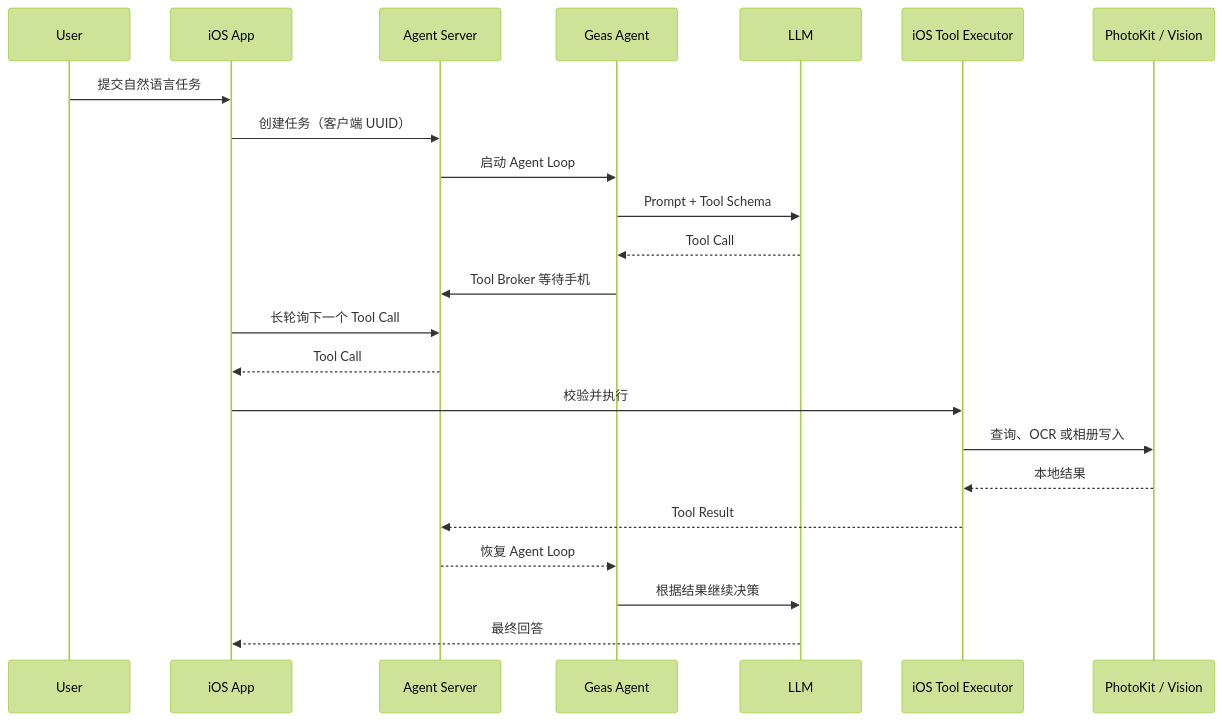
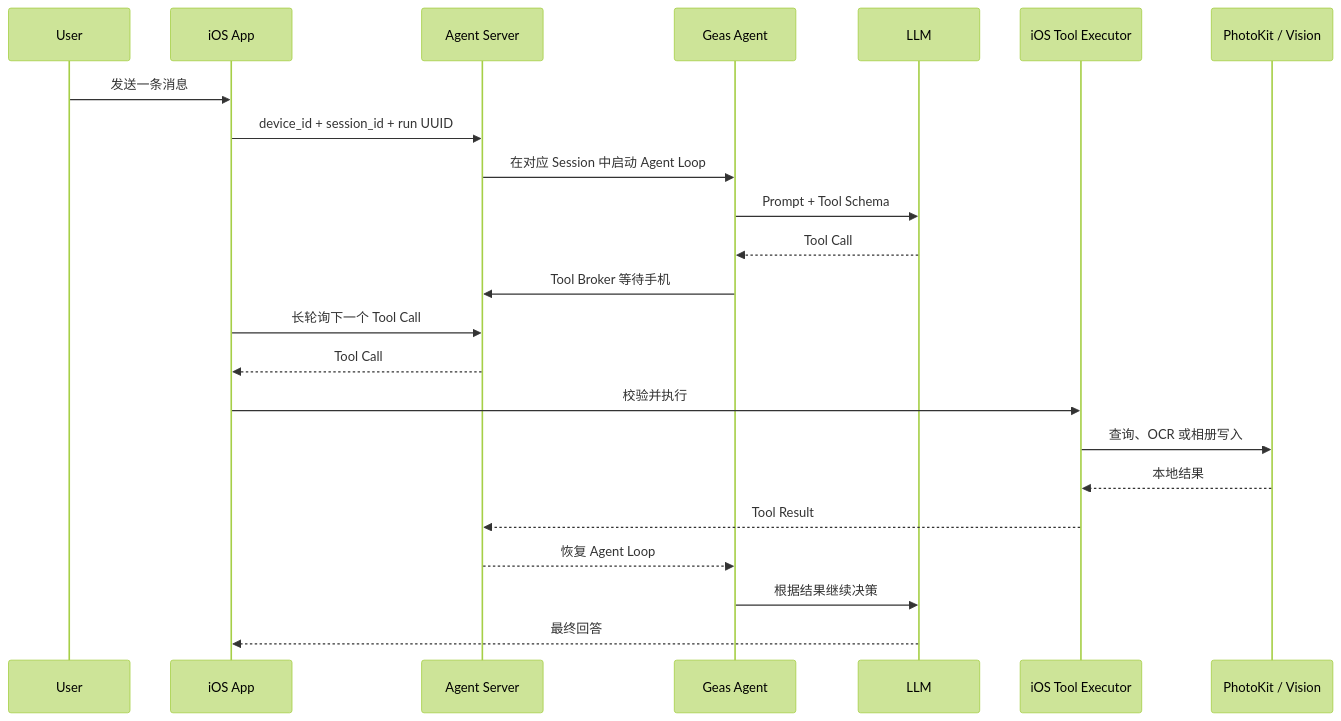
The diagram in apps/wellphone/README.md (weii2000/GeasAI), drawn with Mermaid (forest theme) before and after one commit. The commit also changed other lines of this file and 12 other files, not shown here.

```diff
--- a/apps/wellphone/README.md
+++ b/apps/wellphone/README.md
@@ -19,26 +21,26 @@
 ~~~mermaid
 sequenceDiagram
     participant U as User
     participant I as iOS App
     participant S as Agent Server
     participant A as Geas Agent
     participant L as LLM
     participant T as iOS Tool Executor
     participant K as PhotoKit / Vision
 
-    U->>I: 提交自然语言任务
-    I->>S: 创建任务（客户端 UUID）
-    S->>A: 启动 Agent Loop
+    U->>I: 发送一条消息
+    I->>S: device_id + session_id + run UUID
+    S->>A: 在对应 Session 中启动 Agent Loop
     A->>L: Prompt + Tool Schema
     L-->>A: Tool Call
     A->>S: Tool Broker 等待手机
     I->>S: 长轮询下一个 Tool Call
     S-->>I: Tool Call
     I->>T: 校验并执行
     T->>K: 查询、OCR 或相册写入
     K-->>T: 本地结果
     T-->>S: Tool Result
     S-->>A: 恢复 Agent Loop
     A->>L: 根据结果继续决策
     L-->>I: 最终回答
 ~~~
```
